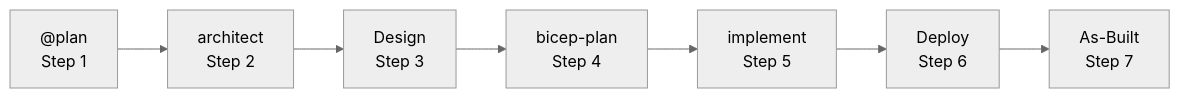
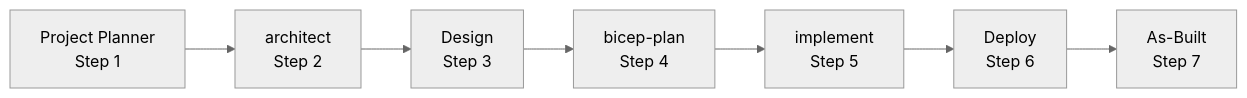
One commit to StormyDevil/azure-agentic-infraops changed the diagram in docs/getting-started/quickstart.md. Above: the diagram before and after it, drawn with Mermaid. The commit also changed other lines of this file and 42 other files, not shown here.

First line of the commit message:
docs: rename @plan agent to Project Planner across repository

````diff
--- a/docs/getting-started/quickstart.md
+++ b/docs/getting-started/quickstart.md
@@ -115,10 +115,10 @@
 ```mermaid
 %%{init: {'theme':'neutral'}}%%
 graph LR
-    A["@plan<br/>Step 1"] --> B["architect<br/>Step 2"]
+    A["Project Planner<br/>Step 1"] --> B["architect<br/>Step 2"]
     B --> C["Design<br/>Step 3"]
     C --> D["bicep-plan<br/>Step 4"]
     D --> E["implement<br/>Step 5"]
     E --> F["Deploy<br/>Step 6"]
     F --> G["As-Built<br/>Step 7"]
 ```
````
